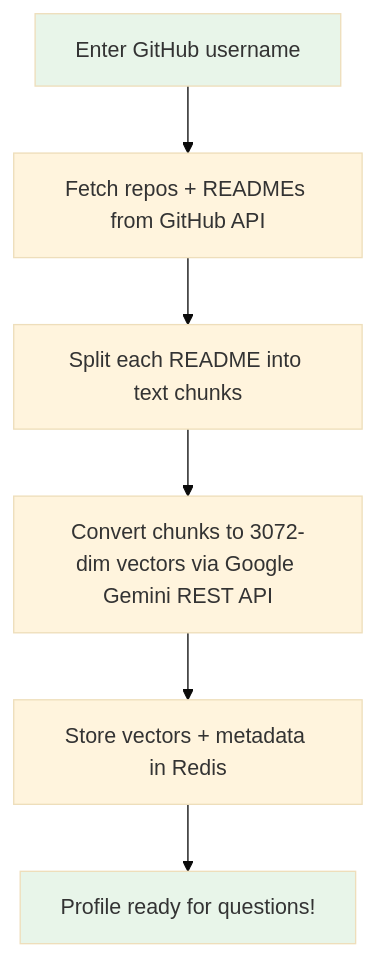
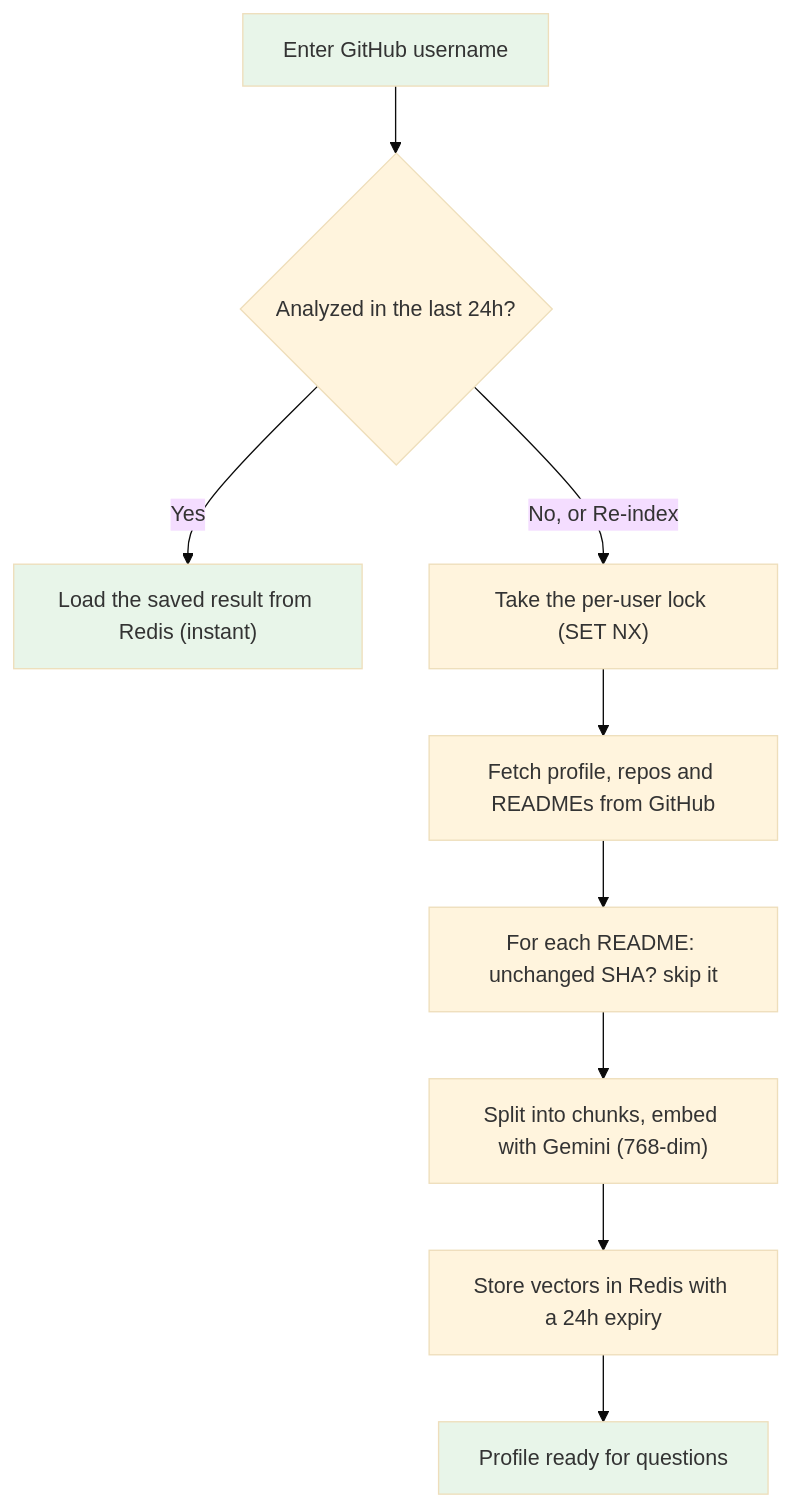
Before and after one commit to mujeebmasi/redis-rag: the second of 6 diagrams in README.md, drawn with Mermaid (base theme). The commit also changed other lines of this file and 8 other files, not shown here.

````diff
--- a/README.md
+++ b/README.md
@@ -52,11 +54,15 @@
 ```mermaid
 graph TD
-    A["Enter GitHub username"] --> B["Fetch repos + READMEs from GitHub API"]
-    B --> C["Split each README into text chunks"]
-    C --> D["Convert chunks to 3072-dim vectors via Google Gemini REST API"]
-    D --> E["Store vectors + metadata in Redis"]
-    E --> F["Profile ready for questions!"]
+    A["Enter GitHub username"] --> C{"Analyzed in the last 24h?"}
+    C -->|"Yes"| R["Load the saved result from Redis (instant)"]
+    C -->|"No, or Re-index"| L["Take the per-user lock (SET NX)"]
+    L --> B["Fetch profile, repos and READMEs from GitHub"]
+    B --> S["For each README: unchanged SHA? skip it"]
+    S --> D["Split into chunks, embed with Gemini (768-dim)"]
+    D --> E["Store vectors in Redis with a 24h expiry"]
+    E --> F["Profile ready for questions"]
 
     style A fill:#e8f5e9
     style F fill:#e8f5e9
+    style R fill:#e8f5e9
 ```
````
